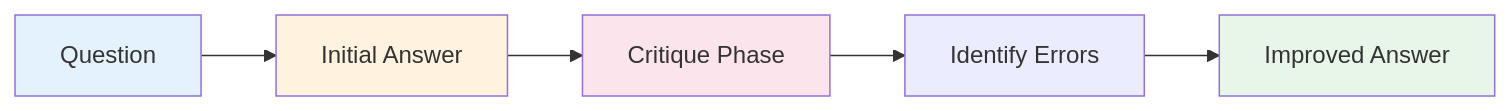
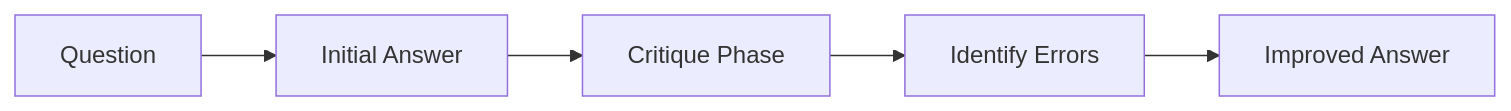
Before and after one commit to yuexiaoliang/prompt-engineering-learning: the fourth of 5 diagrams in 03-reasoning-en.md, drawn with Mermaid. The commit also changed other lines of this file and 3 other files, not shown here.

First line of the commit message:
fix(prompt-engineering): remove remaining hardcoded mermaid fill styles

````diff
--- a/03-reasoning-en.md
+++ b/03-reasoning-en.md
@@ -370,12 +363,8 @@
 ```mermaid
 flowchart LR
     A[Question] --> B[Initial Answer]
     B --> C[Critique Phase]
     C --> D[Identify Errors]
     D --> E[Improved Answer]
 
-    style A fill:#e3f2fd
-    style B fill:#fff3e0
-    style C fill:#fce4ec
-    style E fill:#e8f5e9
 ```
````
